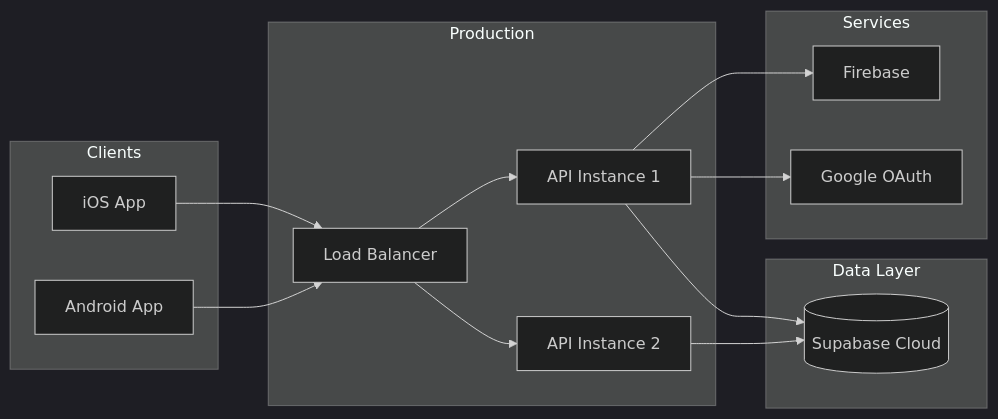
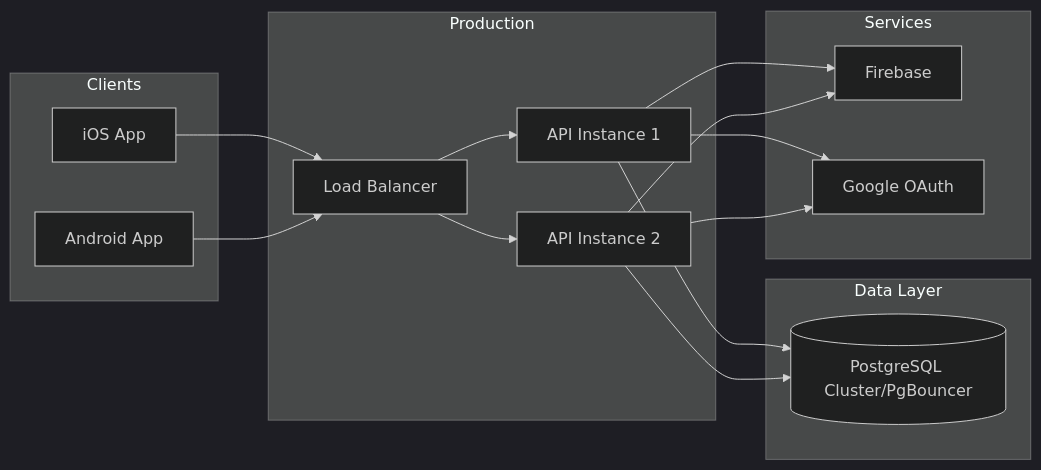
Before and after one commit to 20031781/Shared-Expense-Management-App: the seventh of 7 diagrams in ARCHITECTURE.md, drawn with Mermaid (dark theme). The commit also changed other lines of this file and 3 other files, not shown here.

Commit message:
Aggiorna la documentazione per PostgreSQL

````diff
--- a/ARCHITECTURE.md
+++ b/ARCHITECTURE.md
@@ -301,31 +301,33 @@
 ```mermaid
 graph LR
     subgraph "Production"
         LB[Load Balancer]
         API1[API Instance 1]
         API2[API Instance 2]
         LB --> API1
         LB --> API2
     end
 
     subgraph "Data Layer"
-        SUPABASE[(Supabase Cloud)]
-        API1 --> SUPABASE
-        API2 --> SUPABASE
+        POSTGRES[(PostgreSQL Cluster/PgBouncer)]
+        API1 --> POSTGRES
+        API2 --> POSTGRES
     end
 
     subgraph "Services"
         FCM[Firebase]
         GOOGLE[Google OAuth]
         API1 --> FCM
         API1 --> GOOGLE
+        API2 --> FCM
+        API2 --> GOOGLE
     end
 
     subgraph "Clients"
         IOS[iOS App]
         ANDROID[Android App]
     end
 
     IOS --> LB
     ANDROID --> LB
 ```
````
